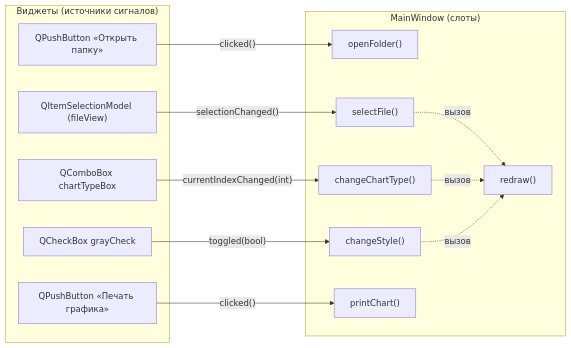
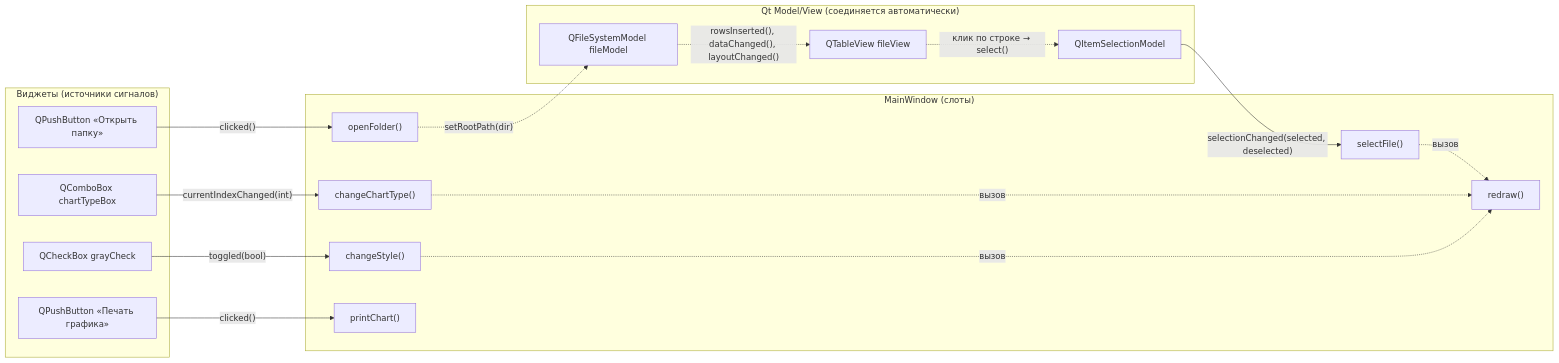
The fourth of 4 diagrams in README.md (ytochkaa/widgets), drawn with Mermaid before and after one commit. The commit also changed other lines of this file and 6 other files, not shown here.

Commit message:
дополнен README: MVC, хранение и путь данных, диаграмма сигналов и слотов; стартовая папка test_data

````diff
--- a/README.md
+++ b/README.md
@@ -305,29 +372,38 @@
 ```mermaid
 flowchart LR
+    subgraph MV["Qt Model/View (соединяется автоматически)"]
+        fileModel["QFileSystemModel fileModel"]
+        fileView["QTableView fileView"]
+        selectionModel["QItemSelectionModel"]
+    end
+
     subgraph Widgets["Виджеты (источники сигналов)"]
         folderButton["QPushButton «Открыть папку»"]
-        selectionModel["QItemSelectionModel (fileView)"]
         chartTypeBox["QComboBox chartTypeBox"]
         grayCheck["QCheckBox grayCheck"]
         printButton["QPushButton «Печать графика»"]
     end
 
     subgraph Window["MainWindow (слоты)"]
         openFolder["openFolder()"]
         selectFile["selectFile()"]
         changeChartType["changeChartType()"]
         changeStyle["changeStyle()"]
         printChart["printChart()"]
         redraw["redraw()"]
     end
 
+    fileModel -. "rowsInserted(), dataChanged(), layoutChanged()" .-> fileView
+    fileView -. "клик по строке → select()" .-> selectionModel
+
     folderButton -- "clicked()" --> openFolder
-    selectionModel -- "selectionChanged()" --> selectFile
+    selectionModel -- "selectionChanged(selected, deselected)" --> selectFile
     chartTypeBox -- "currentIndexChanged(int)" --> changeChartType
     grayCheck -- "toggled(bool)" --> changeStyle
     printButton -- "clicked()" --> printChart
 
+    openFolder -. "setRootPath(dir)" .-> fileModel
     selectFile -. "вызов" .-> redraw
     changeChartType -. "вызов" .-> redraw
     changeStyle -. "вызов" .-> redraw
 ```
````
